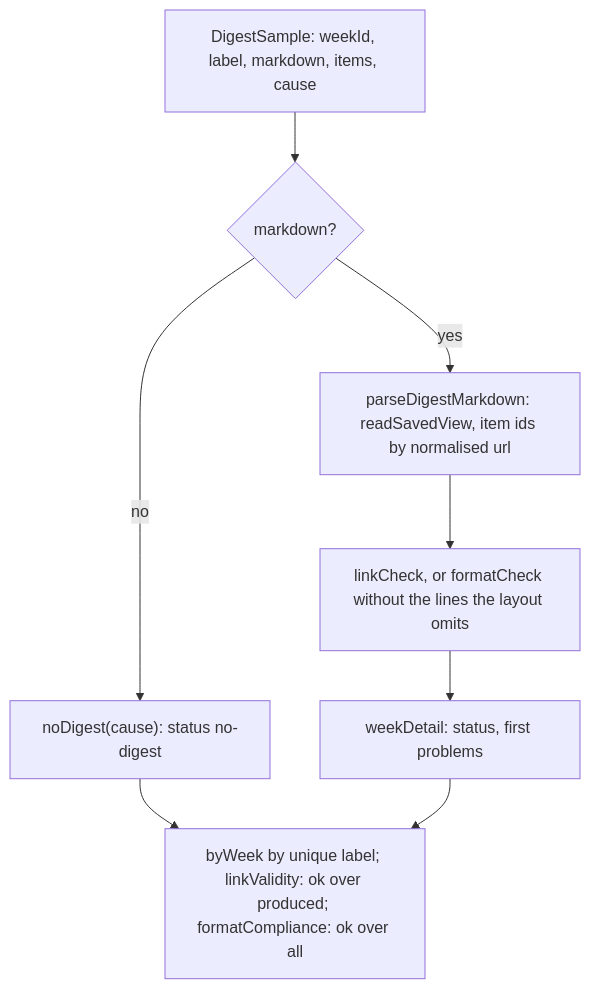
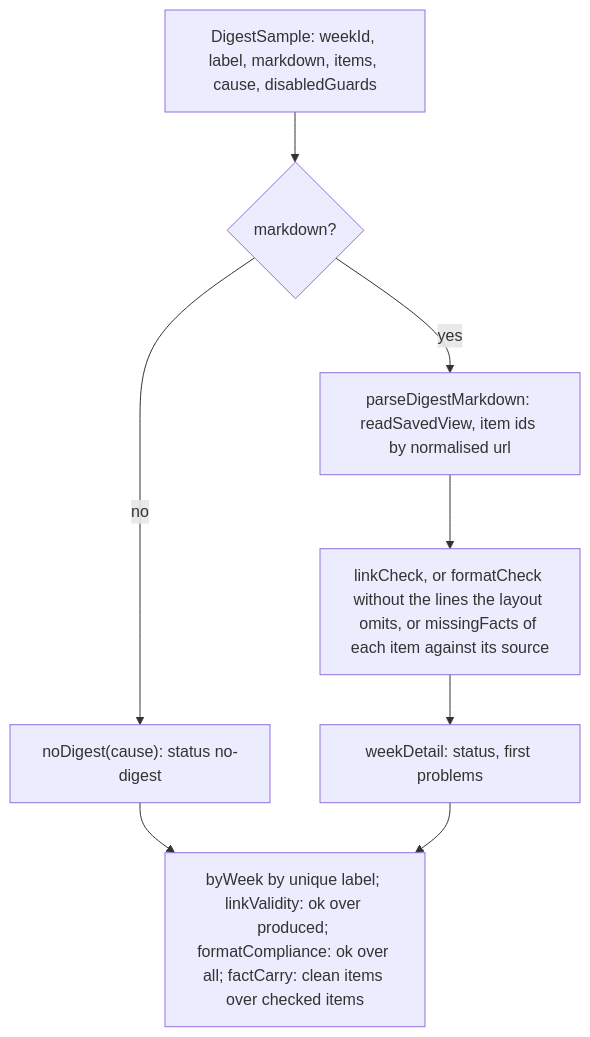
The diagram in evals/metrics/digest/CLAUDE.md (odere-pro/weekly-engineering-digest-agent), drawn with Mermaid before and after one commit. The commit also changed other lines of this file and 37 other files, not shown here.

First line of the commit message:
feat(evals): add factCarry, facts in the digest match sources (W12-01)

````diff
--- a/evals/metrics/digest/CLAUDE.md
+++ b/evals/metrics/digest/CLAUDE.md
@@ -9,9 +9,9 @@
 ```mermaid
 flowchart TD
-  sample["DigestSample: weekId, label, markdown, items, cause"] --> has{"markdown?"}
+  sample["DigestSample: weekId, label, markdown, items, cause, disabledGuards"] --> has{"markdown?"}
   has -->|no| nd["noDigest(cause): status no-digest"]
   has -->|yes| parse["parseDigestMarkdown: readSavedView, item ids by normalised url"]
-  parse --> chk["linkCheck, or formatCheck without the lines the layout omits"]
+  parse --> chk["linkCheck, or formatCheck without the lines the layout omits, or missingFacts of each item against its source"]
   chk --> wd["weekDetail: status, first problems"]
-  nd & wd --> val["byWeek by unique label; linkValidity: ok over produced; formatCompliance: ok over all"]
+  nd & wd --> val["byWeek by unique label; linkValidity: ok over produced; formatCompliance: ok over all; factCarry: clean items over checked items"]
 ```
````
